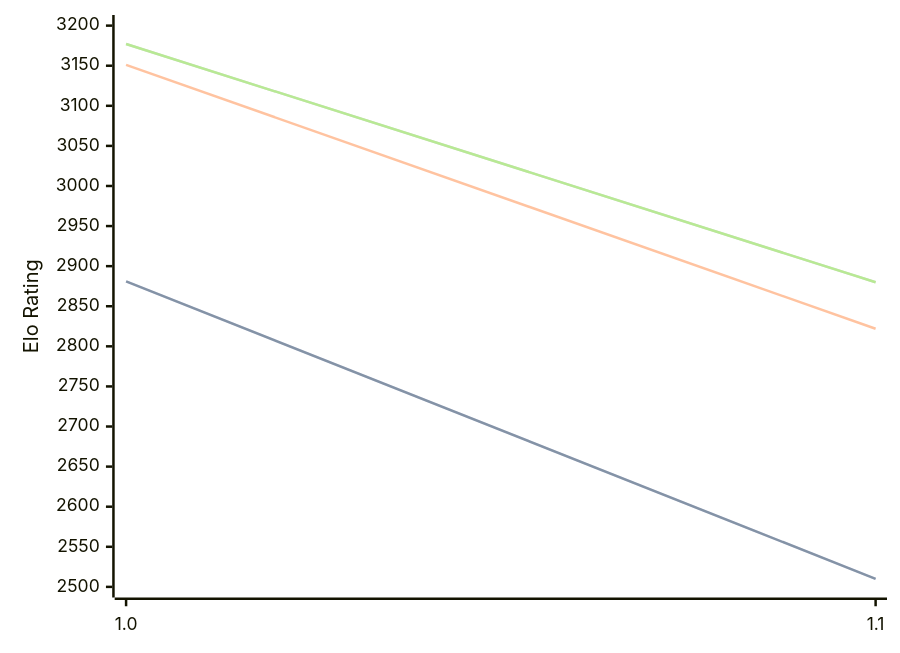
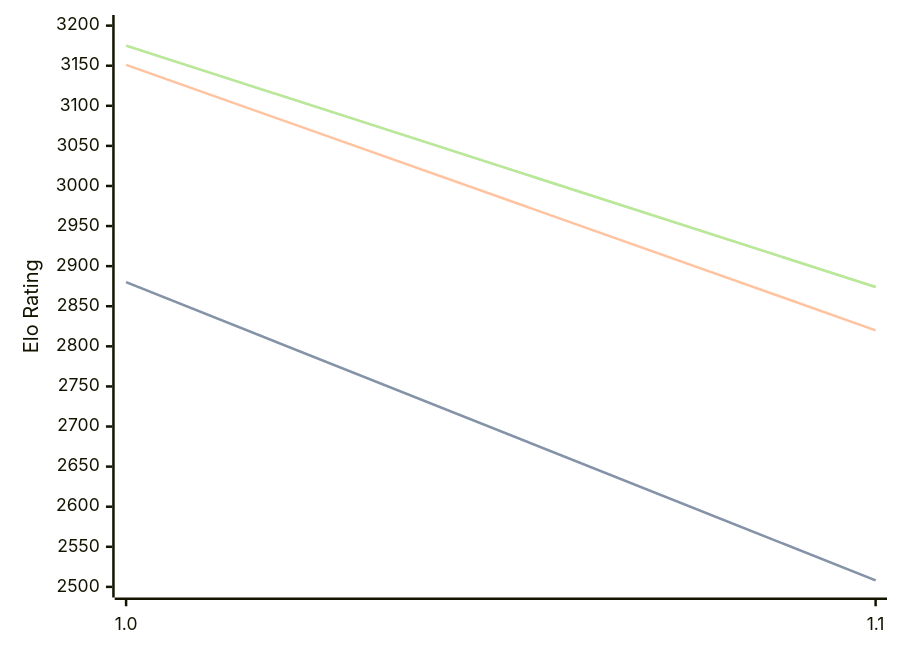
One commit to computer-chess-index/cci changed the diagram in engines/Publius.md. Above: the diagram before and after it, drawn with Mermaid. The commit also changed other lines of this file, not shown here.

Commit message:
Update CCI Ratings (ELO VLTC) - 2026-03-08

````diff
--- a/engines/Publius.md
+++ b/engines/Publius.md
@@ -30,11 +30,11 @@
 ```mermaid
 %%{init: {"theme":"base","themeVariables":{"seriesColors:['#a3a3a3','#222221','#faa371']}}}%%
 xychart-beta
   x-axis ["1.0", "1.1"]
   y-axis "Elo Rating" 2500 --> 3200
-  line "STC (8.0+0.08s)" [2881, 2510]
-  line "STC (8.0+0.08s)" [2881, 2510]
-  line "LTC (60.0+0.60s)" [3151, 2822]
-  line "VLTC (2m24s+1.12s)" [3177, 2880]
-  line "VLTC (2m24s+1.12s)" [3177, 2880]
+  line "STC (8.0+0.08s)" [2880, 2508]
+  line "STC (8.0+0.08s)" [2880, 2508]
+  line "LTC (60.0+0.60s)" [3151, 2820]
+  line "VLTC (2m24s+1.12s)" [3175, 2874]
+  line "VLTC (2m24s+1.12s)" [3175, 2874]
 ```
````
